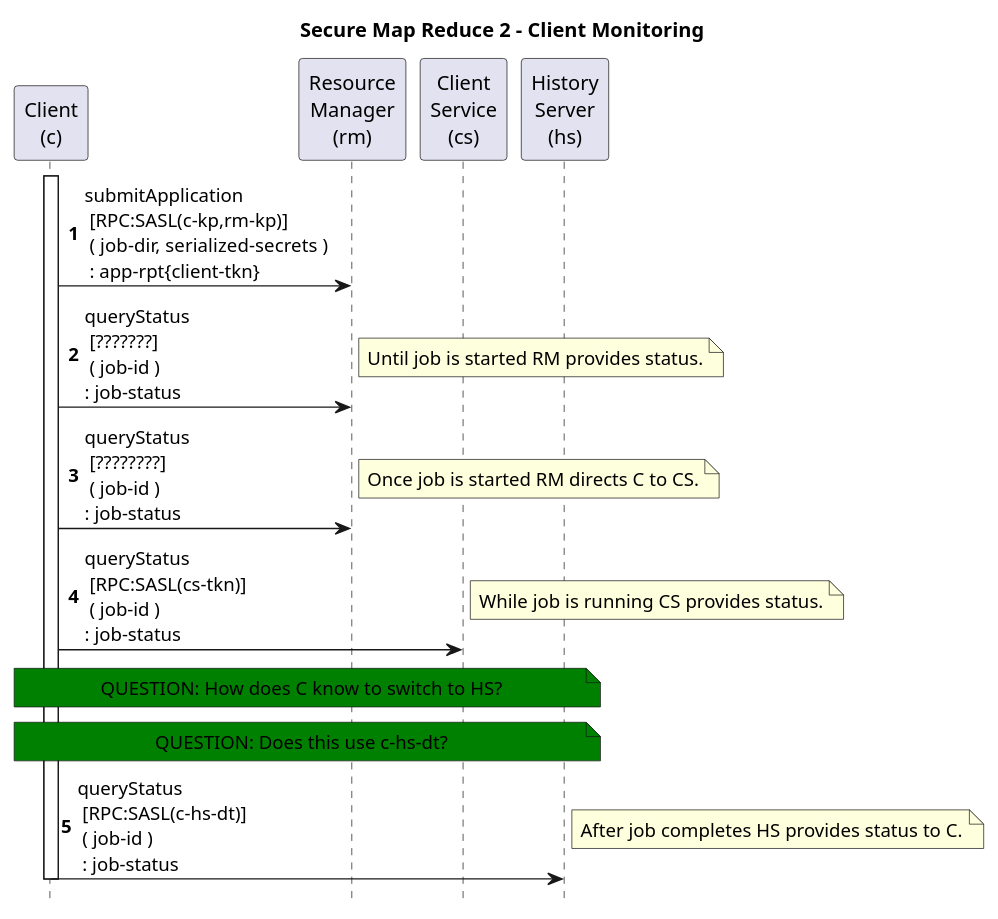
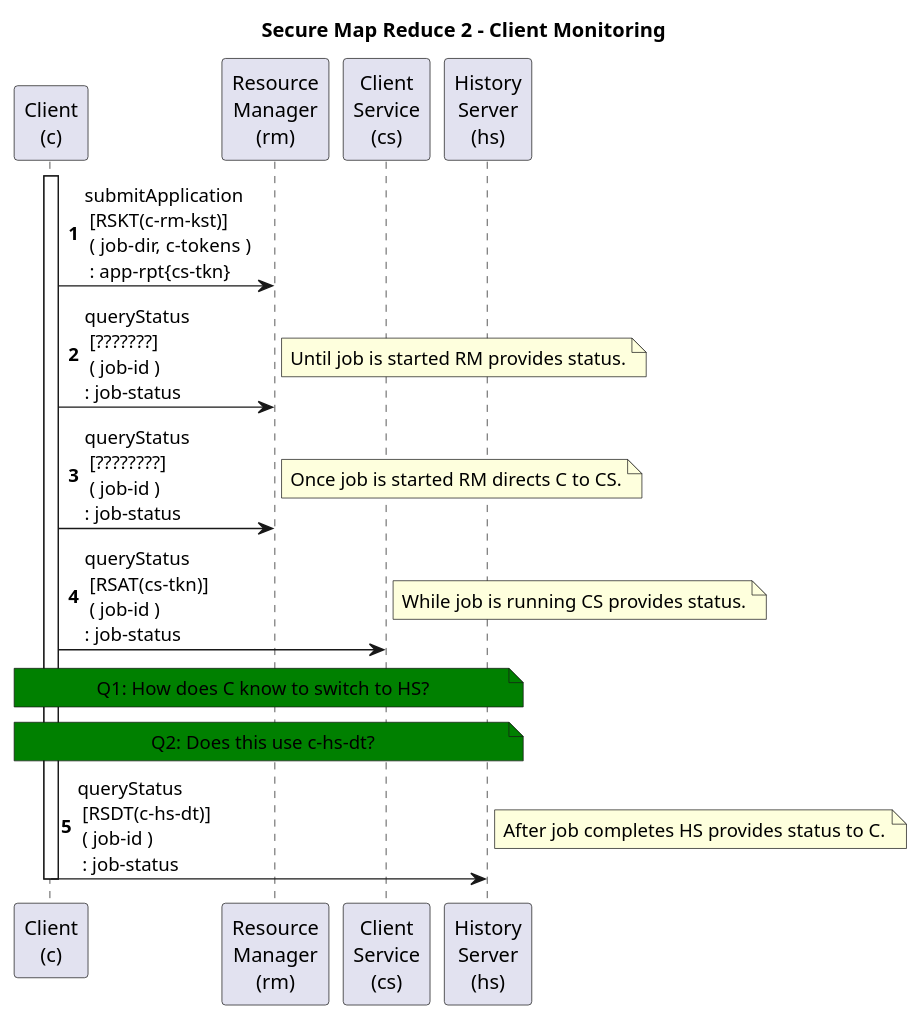
Before and after one commit to kminder/puml: the diagram in hadoop/src/secure-mapreduce2-08-client-monitoring.puml, drawn with PlantUML. The commit also changed 7 other files, not shown here.

```diff
--- a/hadoop/src/secure-mapreduce2-08-client-monitoring.puml
+++ b/hadoop/src/secure-mapreduce2-08-client-monitoring.puml
@@ -1,47 +1,48 @@
 @startuml
 title Secure Map Reduce 2 - Client Monitoring
 autonumber
-hide footbox
+'hide footbox
 
+'participant "Kerberos\nKDC" as KDC
 participant "Client\n(c)" as C
 participant "Resource\nManager\n(rm)" as RM
 'participant "Node\nManager\n(nm)" as NM
 'participant "Shuffle\nService\n(ss)" as SS
 'participant "Application\nMaster\n(am)" as AM
 participant "Client\nService\n(cs)" as CS
 'participant "Application\nContainer\n(ac)" as AC #red
 'participant "Application\nTask\n(at)" as T #orange
 'participant "File\nSystem\n(fs)" as FS
 'participant "Name\nNode\n(nn)" as NN
 'participant "Data\nNode\n(dn)" as DN
 participant "History\nServer\n(hs)" as HS
 
   'note over C,HS #green: QUESTION ?
 
   activate C
 
 '1
-C->RM: submitApplication\n [RPC:SASL(c-kp,rm-kp)]\n ( job-dir, serialized-secrets )\n : app-rpt{client-tkn}
+C->RM: submitApplication\n [RSKT(c-rm-kst)]\n ( job-dir, c-tokens )\n : app-rpt{cs-tkn}
 
 '2
 C->RM: queryStatus\n [???????]\n ( job-id ) \n: job-status
   note right: Until job is started RM provides status.
 
 '3
 C->RM: queryStatus\n [????????]\n ( job-id ) \n: job-status
   note right: Once job is started RM directs C to CS.
 
 '4
-C->CS: queryStatus\n [RPC:SASL(cs-tkn)]\n ( job-id ) \n: job-status
+C->CS: queryStatus\n [RSAT(cs-tkn)]\n ( job-id ) \n: job-status
   note right: While job is running CS provides status.
 
-note over C,HS #green: QUESTION: How does C know to switch to HS?
-note over C,HS #green: QUESTION: Does this use c-hs-dt?
+note over C,HS #green: Q1: How does C know to switch to HS?
+note over C,HS #green: Q2: Does this use c-hs-dt?
 
 '5
-C->HS: queryStatus\n [RPC:SASL(c-hs-dt)]\n ( job-id )\n : job-status
+C->HS: queryStatus\n [RSDT(c-hs-dt)]\n ( job-id )\n : job-status
   note right: After job completes HS provides status to C.
 
   deactivate C
 
 @enduml
```
